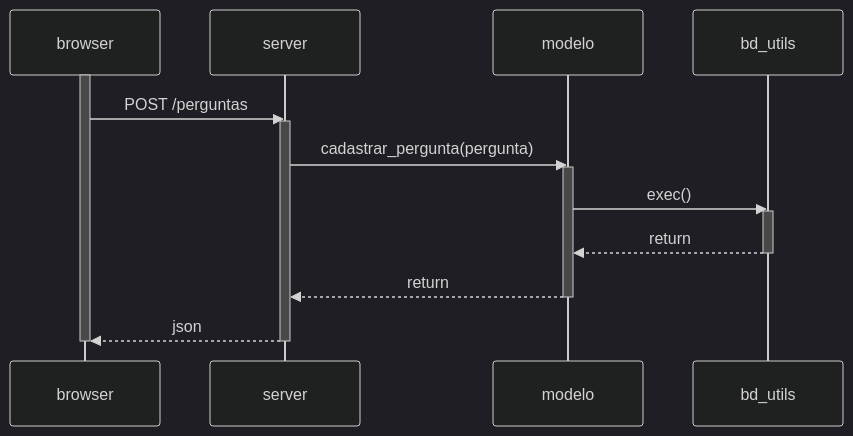
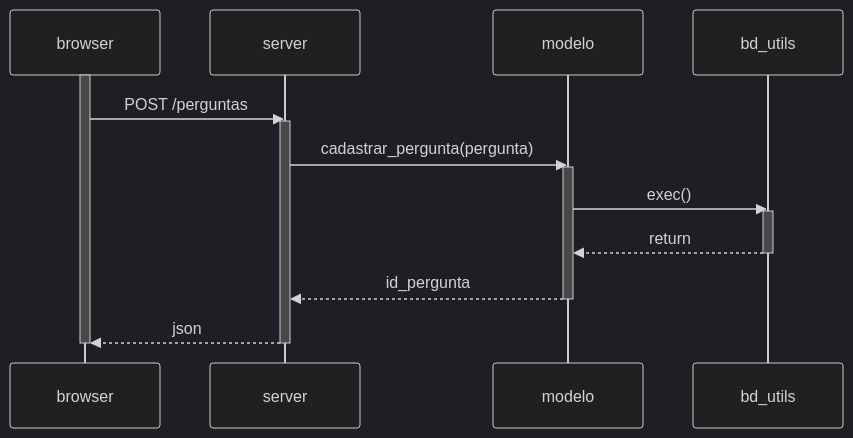
One commit to mtov/esmforum changed the second of 3 diagrams in docs/uml.md. Above: the diagram before and after it, drawn with Mermaid (dark theme).

````diff
--- a/docs/uml.md
+++ b/docs/uml.md
@@ -37,17 +37,17 @@
 ```mermaid
     sequenceDiagram
         activate browser
 	browser->>server: POST /perguntas 
         activate server
         server->>modelo: cadastrar_pergunta(pergunta)
         activate modelo
         modelo->>bd_utils: exec()
         activate bd_utils
         bd_utils-->>modelo: return
         deactivate bd_utils
-        modelo-->>server: return
+        modelo-->>server: id_pergunta
         deactivate modelo
 	server-->>browser: json
 	deactivate server
 	deactivate browser
 ```	
````
